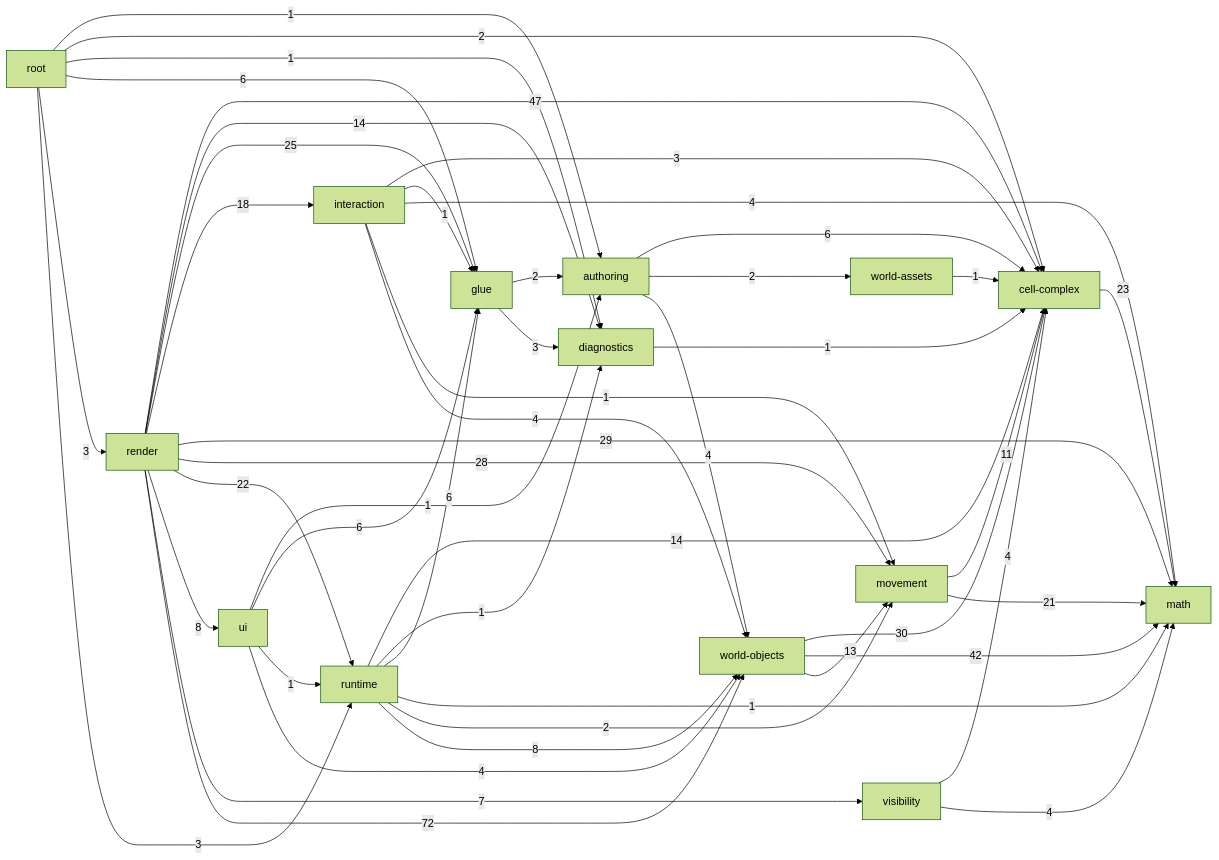
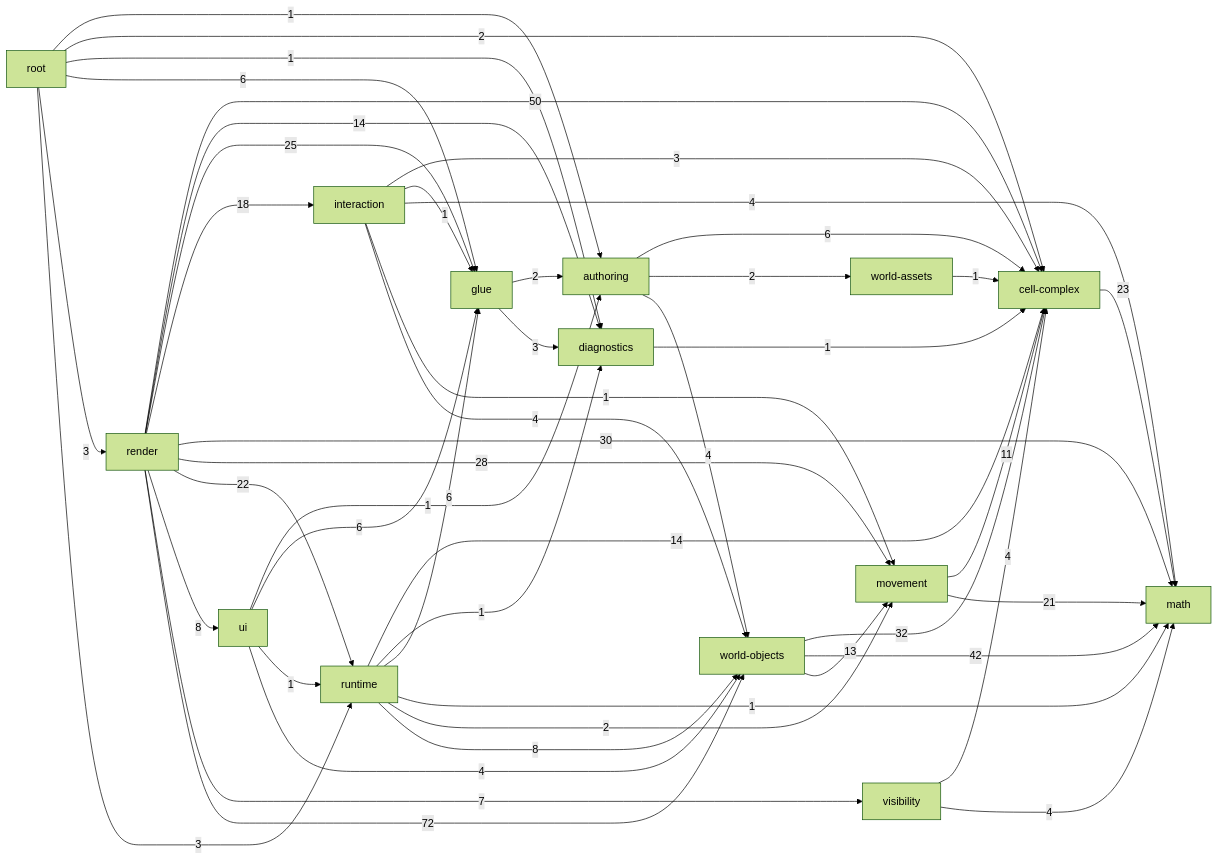
One commit to guraltsev/noneuclid-fpv changed the diagram in _docs/generated/ARCHITECTURE_REFERENCE.md. Above: the diagram before and after it, drawn with Mermaid (forest theme). The commit also changed other lines of this file and 15 other files, not shown here.

````diff
--- a/_docs/generated/ARCHITECTURE_REFERENCE.md
+++ b/_docs/generated/ARCHITECTURE_REFERENCE.md
@@ -35,63 +35,63 @@
 ```mermaid
 flowchart LR
   math["math"]
   cell_complex["cell-complex"]
   diagnostics["diagnostics"]
   visibility["visibility"]
   movement["movement"]
   world_assets["world-assets"]
   world_objects["world-objects"]
   authoring["authoring"]
   glue["glue"]
   interaction["interaction"]
   runtime["runtime"]
   ui["ui"]
   render["render"]
   root["root"]
   authoring -->|6| cell_complex
   authoring -->|2| world_assets
   authoring -->|4| world_objects
   cell_complex -->|23| math
   diagnostics -->|1| cell_complex
   glue -->|2| authoring
   glue -->|3| diagnostics
   interaction -->|3| cell_complex
   interaction -->|1| glue
   interaction -->|4| math
   interaction -->|1| movement
   interaction -->|4| world_objects
   movement -->|11| cell_complex
   movement -->|21| math
-  render -->|47| cell_complex
+  render -->|50| cell_complex
   render -->|14| diagnostics
   render -->|25| glue
   render -->|18| interaction
-  render -->|29| math
+  render -->|30| math
   render -->|28| movement
   render -->|22| runtime
   render -->|8| ui
   render -->|7| visibility
   render -->|72| world_objects
   root -->|1| authoring
   root -->|2| cell_complex
   root -->|1| diagnostics
   root -->|6| glue
   root -->|3| render
   root -->|3| runtime
   runtime -->|14| cell_complex
   runtime -->|1| diagnostics
   runtime -->|6| glue
   runtime -->|1| math
   runtime -->|2| movement
   runtime -->|8| world_objects
   ui -->|1| authoring
   ui -->|6| glue
   ui -->|1| runtime
   ui -->|4| world_objects
   visibility -->|4| cell_complex
   visibility -->|4| math
   world_assets -->|1| cell_complex
-  world_objects -->|30| cell_complex
+  world_objects -->|32| cell_complex
   world_objects -->|42| math
   world_objects -->|13| movement
 ```
````
